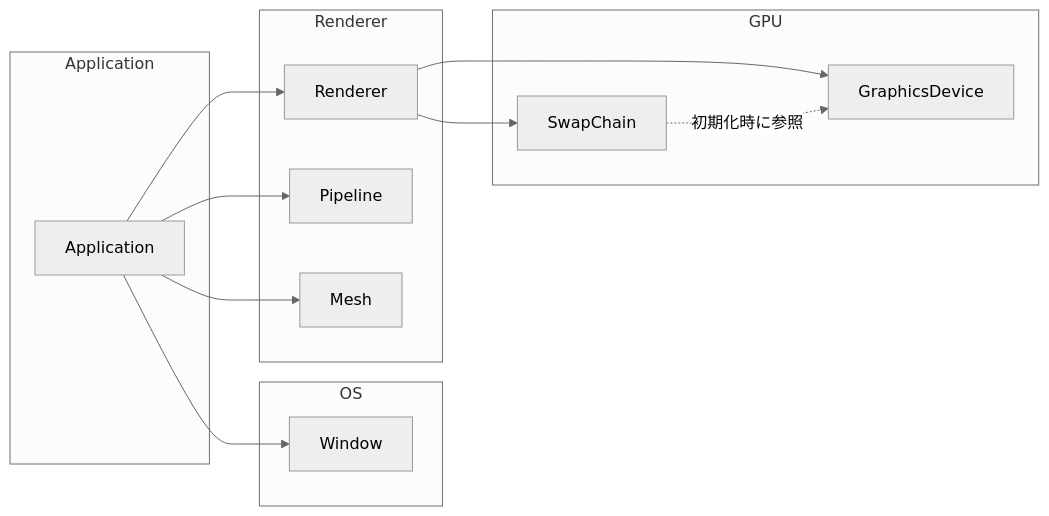
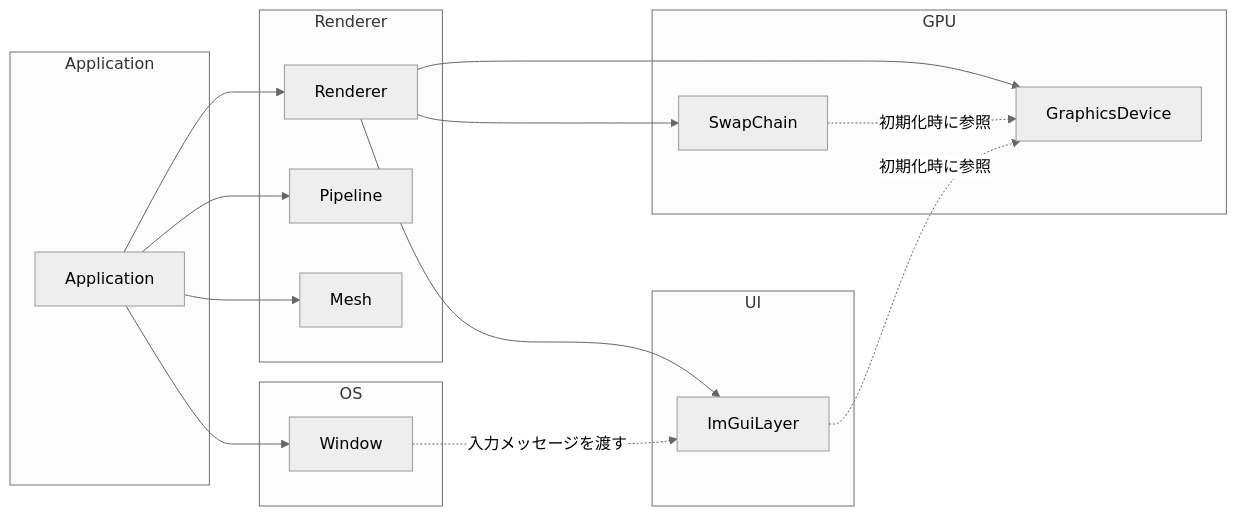
Before and after one commit to KRKRKRKRKRKRKRKRKRKR/RNEngine: the second of 2 diagrams in Docs/クラス構成.md, drawn with Mermaid (neutral theme). The commit also changed other lines of this file and 24 other files, not shown here.

````diff
--- a/Docs/クラス構成.md
+++ b/Docs/クラス構成.md
@@ -16,25 +17,31 @@
 ```mermaid
 graph LR
     subgraph Application
         App[Application]
     end
     subgraph OS
         Window
     end
     subgraph Renderer
         R[Renderer]
         Pipeline
         Mesh
     end
     subgraph GPU
         GD[GraphicsDevice]
         SC[SwapChain]
     end
+    subgraph UI
+        IL[ImGuiLayer]
+    end
     App --> Window
     App --> R
     App --> Pipeline
     App --> Mesh
     R --> GD
     R --> SC
+    R --> IL
     SC -.初期化時に参照.-> GD
+    IL -.初期化時に参照.-> GD
+    Window -.入力メッセージを渡す.-> IL
 ```
````
